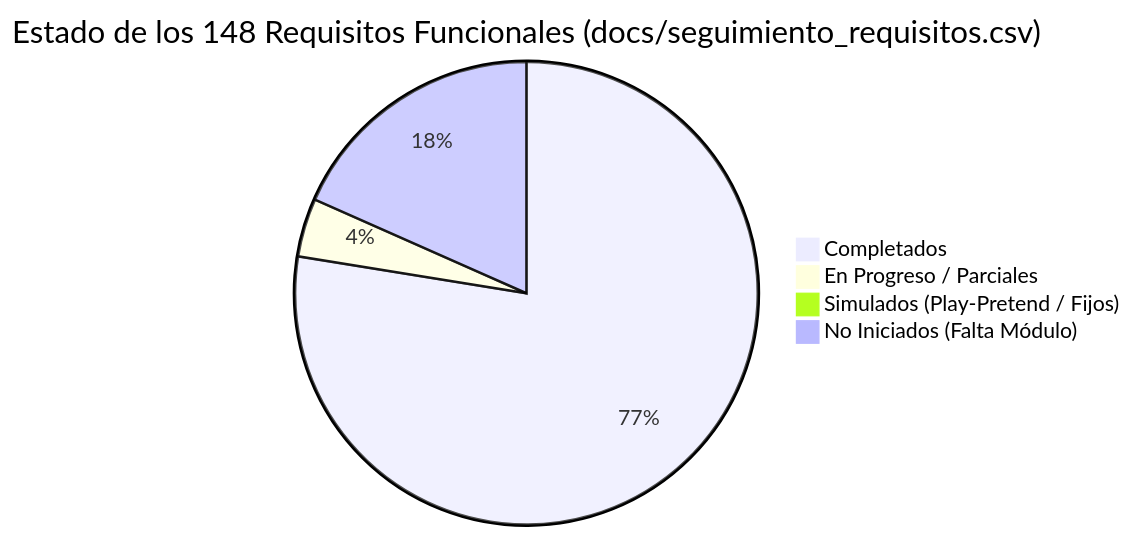
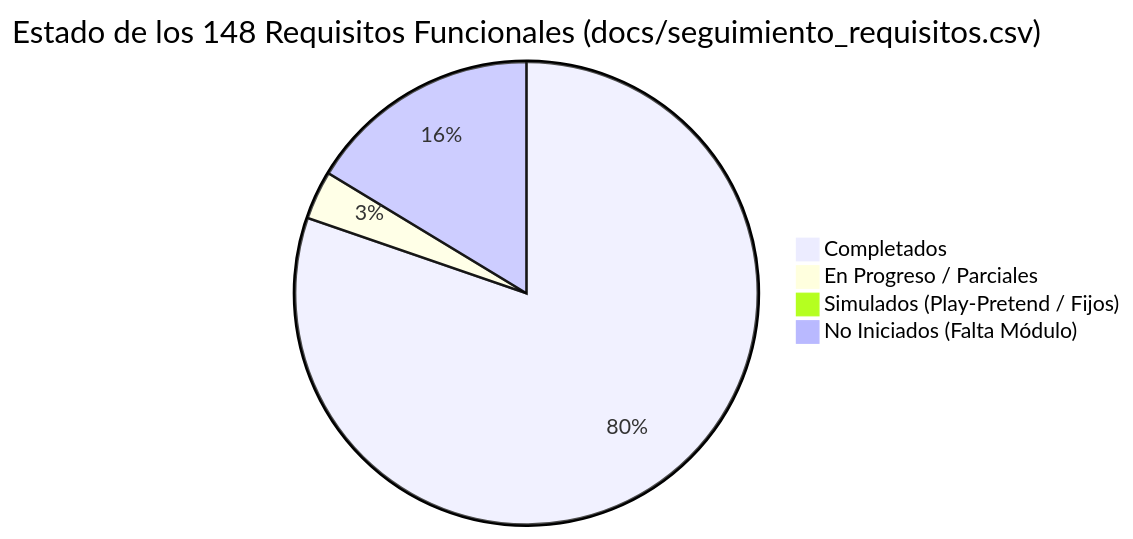
Before and after one commit to MatthewR54/Vivero: the first of 2 diagrams in ROADMAP.md, drawn with Mermaid. The commit also changed other lines of this file and 6 other files, not shown here.

````diff
--- a/ROADMAP.md
+++ b/ROADMAP.md
@@ -11,7 +11,7 @@
 ```mermaid
 pie title Estado de los 148 Requisitos Funcionales (docs/seguimiento_requisitos.csv)
-    "Completados" : 114
-    "En Progreso / Parciales" : 6
+    "Completados" : 118
+    "En Progreso / Parciales" : 5
     "Simulados (Play-Pretend / Fijos)" : 1
-    "No Iniciados (Falta Módulo)" : 27
+    "No Iniciados (Falta Módulo)" : 24
 ```
````
